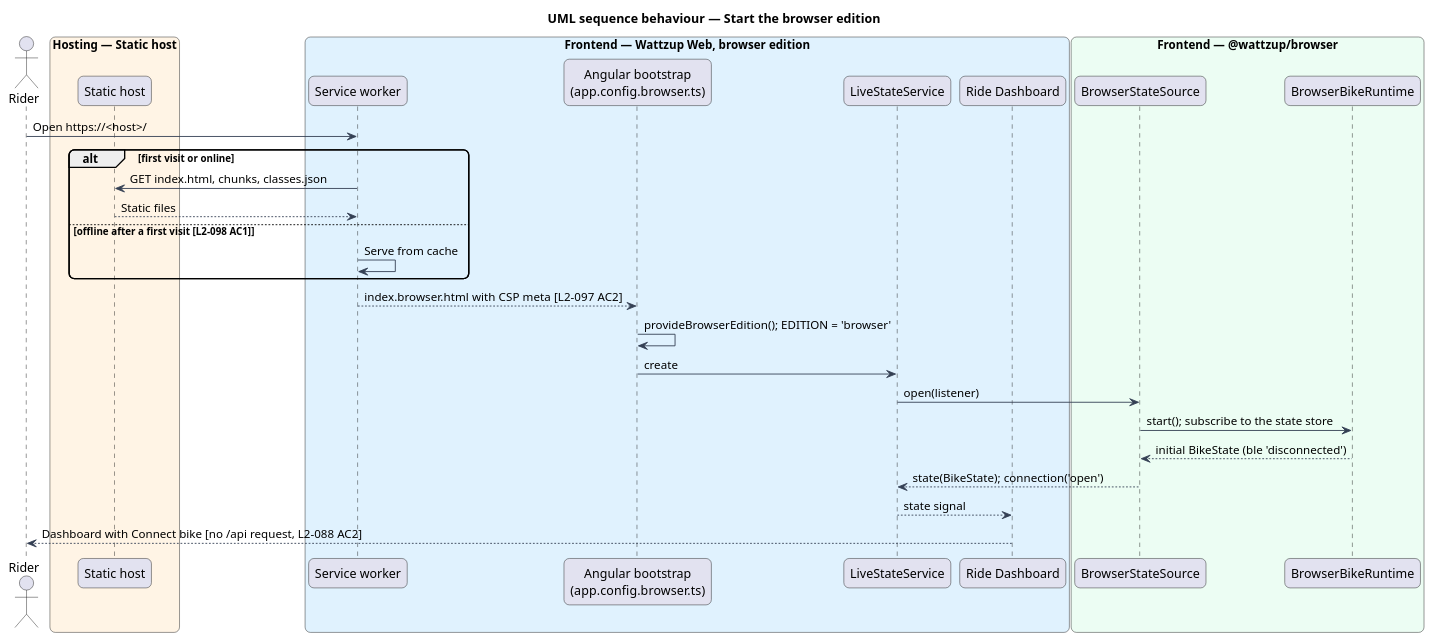
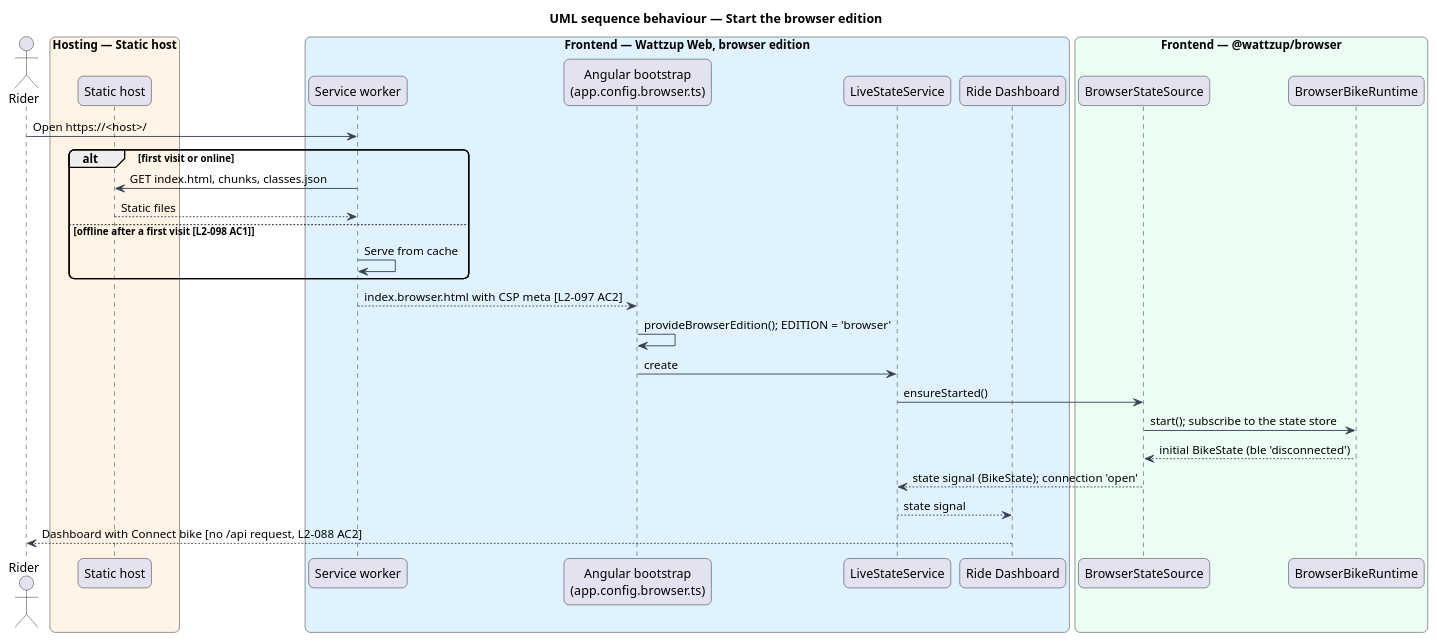
One commit to QuinntyneBrown/ride-one changed the diagram in docs/detailed-designs/browser-edition/build-and-host/diagrams/sequence-start.puml. Above: the diagram before and after it, drawn with PlantUML. The commit also changed 31 other files, not shown here.

```diff
--- a/docs/detailed-designs/browser-edition/build-and-host/diagrams/sequence-start.puml
+++ b/docs/detailed-designs/browser-edition/build-and-host/diagrams/sequence-start.puml
@@ -1,39 +1,39 @@
 @startuml
 title UML sequence behaviour — Start the browser edition
 skinparam backgroundColor #FFFFFF
 skinparam shadowing false
 skinparam roundcorner 12
 skinparam defaultFontName Arial
 skinparam ArrowColor #344054
 actor "Rider" as rider
 box "Hosting — Static host" #FFF4E5
   participant "Static host" as host
 end box
 box "Frontend — Wattzup Web, browser edition" #E0F2FE
   participant "Service worker" as sw
   participant "Angular bootstrap\n(app.config.browser.ts)" as boot
   participant "LiveStateService" as live
   participant "Ride Dashboard" as page
 end box
 box "Frontend — @wattzup/browser" #ECFDF3
   participant "BrowserStateSource" as src
   participant "BrowserBikeRuntime" as rt
 end box
 
 rider -> sw : Open https://<host>/
 alt first visit or online
   sw -> host : GET index.html, chunks, classes.json
   host --> sw : Static files
 else offline after a first visit [L2-098 AC1]
   sw -> sw : Serve from cache
 end
 sw --> boot : index.browser.html with CSP meta [L2-097 AC2]
 boot -> boot : provideBrowserEdition(); EDITION = 'browser'
 boot -> live : create
-live -> src : open(listener)
+live -> src : ensureStarted()
 src -> rt : start(); subscribe to the state store
 rt --> src : initial BikeState (ble 'disconnected')
-src --> live : state(BikeState); connection('open')
+src --> live : state signal (BikeState); connection 'open'
 live --> page : state signal
 page --> rider : Dashboard with Connect bike [no /api request, L2-088 AC2]
 @enduml
```
